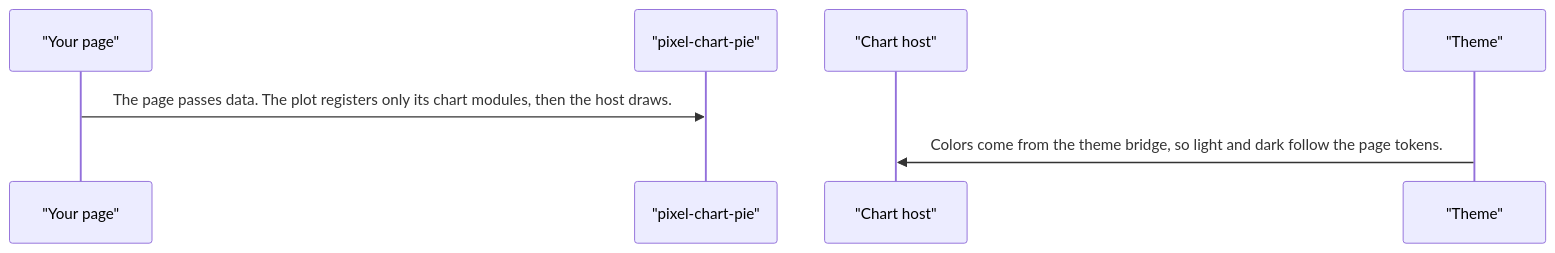
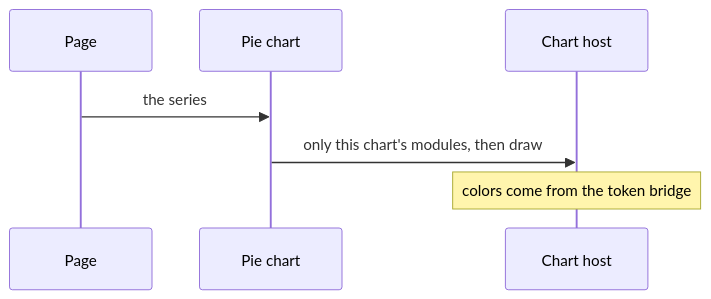
One commit to RajshekharBorate/pixel-ui changed the second of 5 diagrams in projects/pixel-ui/src/lib/pixel-chart-pie/DESIGN.md. Above: the diagram before and after it, drawn with Mermaid. The commit also changed other lines of this file and 73 other files, not shown here.

Commit message:
Explain who owns each value and what each flow does in every component and service design.

````diff
--- a/projects/pixel-ui/src/lib/pixel-chart-pie/DESIGN.md
+++ b/projects/pixel-ui/src/lib/pixel-chart-pie/DESIGN.md
@@ -59,9 +75,9 @@
 ```mermaid
 sequenceDiagram
-  participant page as "Your page"
-  participant plot as "pixel-chart-pie"
-  participant host as "Chart host"
-  participant theme as "Theme"
-  page->>plot: The page passes data. The plot registers only its chart modules, then the host draws.
-  theme->>host: Colors come from the theme bridge, so light and dark follow the page tokens.
+  participant Page
+  participant Plot as Pie chart
+  participant Host as Chart host
+  Page->>Plot: the series
+  Plot->>Host: only this chart's modules, then draw
+  Note over Host: colors come from the token bridge
 ```
````
